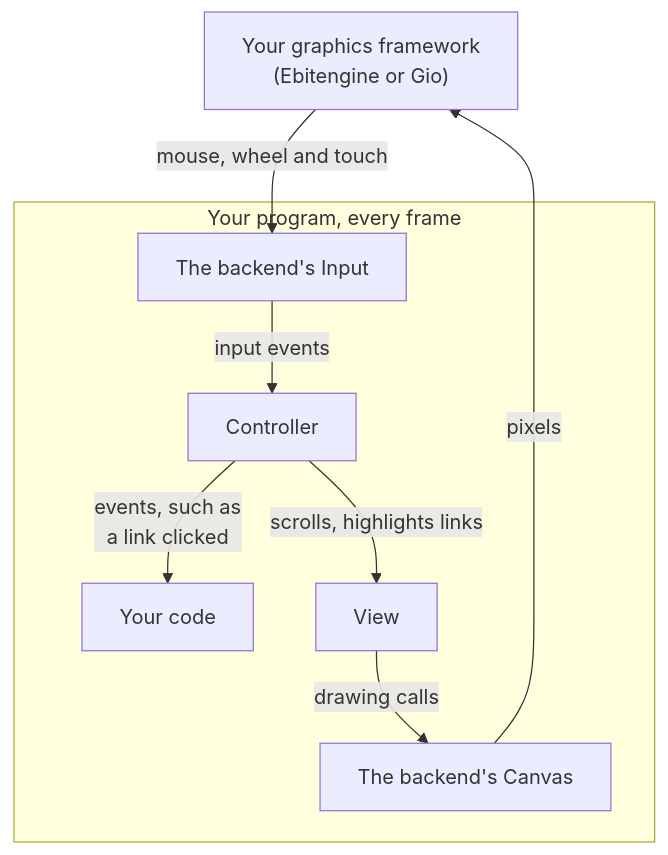
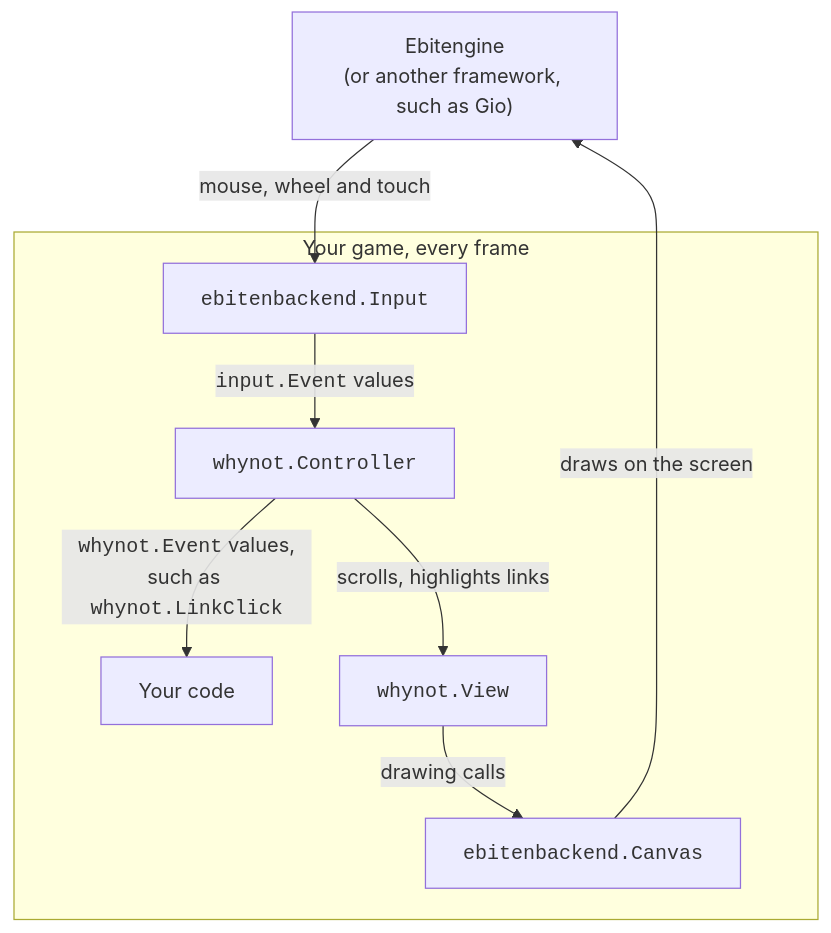
The second of 2 diagrams in README.md (arnodel/whynot), drawn with Mermaid before and after one commit. The commit also changed other lines of this file, not shown here.

Commit message:
docs: README diagrams with real names, code-formatted, and function shapes

````diff
--- a/README.md
+++ b/README.md
@@ -279,17 +293,17 @@
 ```mermaid
 flowchart TB
-    fw["Your graphics framework<br/>(Ebitengine or Gio)"]
-    subgraph program["Your program, every frame"]
-        input["The backend's Input"]
-        ctrl["Controller"]
+    fw["Ebitengine<br/>(or another framework, such as Gio)"]
+    subgraph program["Your game, every frame"]
+        input["<code>ebitenbackend.Input</code>"]
+        ctrl["<code>whynot.Controller</code>"]
         yours["Your code"]
-        view["View"]
-        canvas["The backend's Canvas"]
+        view["<code>whynot.View</code>"]
+        canvas["<code>ebitenbackend.Canvas</code>"]
     end
     fw -- "mouse, wheel and touch" --> input
-    input -- "input events" --> ctrl
-    ctrl -- "events, such as<br/>a link clicked" --> yours
+    input -- "<code>input.Event</code> values" --> ctrl
+    ctrl -- "<code>whynot.Event</code> values,<br/>such as <code>whynot.LinkClick</code>" --> yours
     ctrl -- "scrolls, highlights links" --> view
     view -- "drawing calls" --> canvas
-    canvas -- "pixels" --> fw
+    canvas -- "draws on the screen" --> fw
 ```
````
